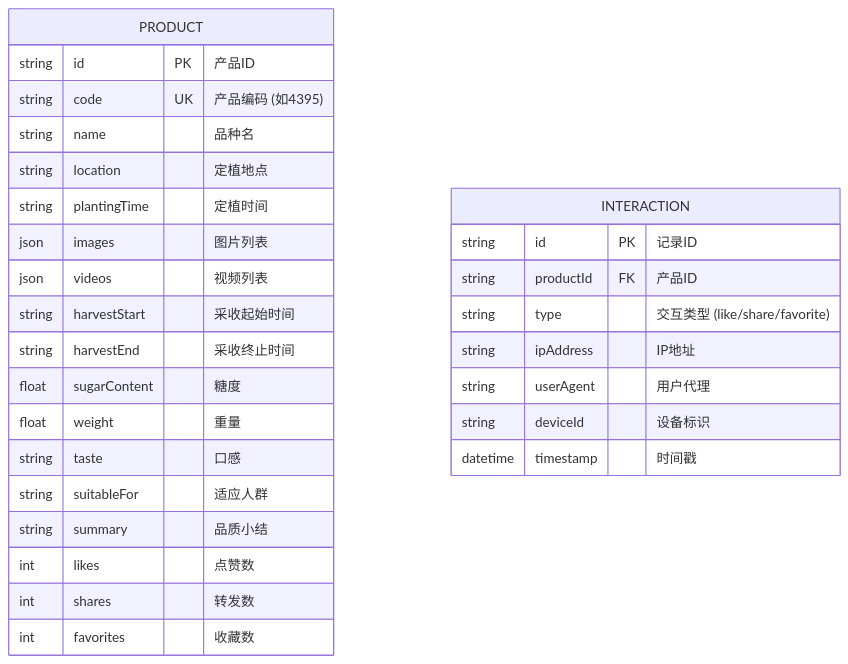
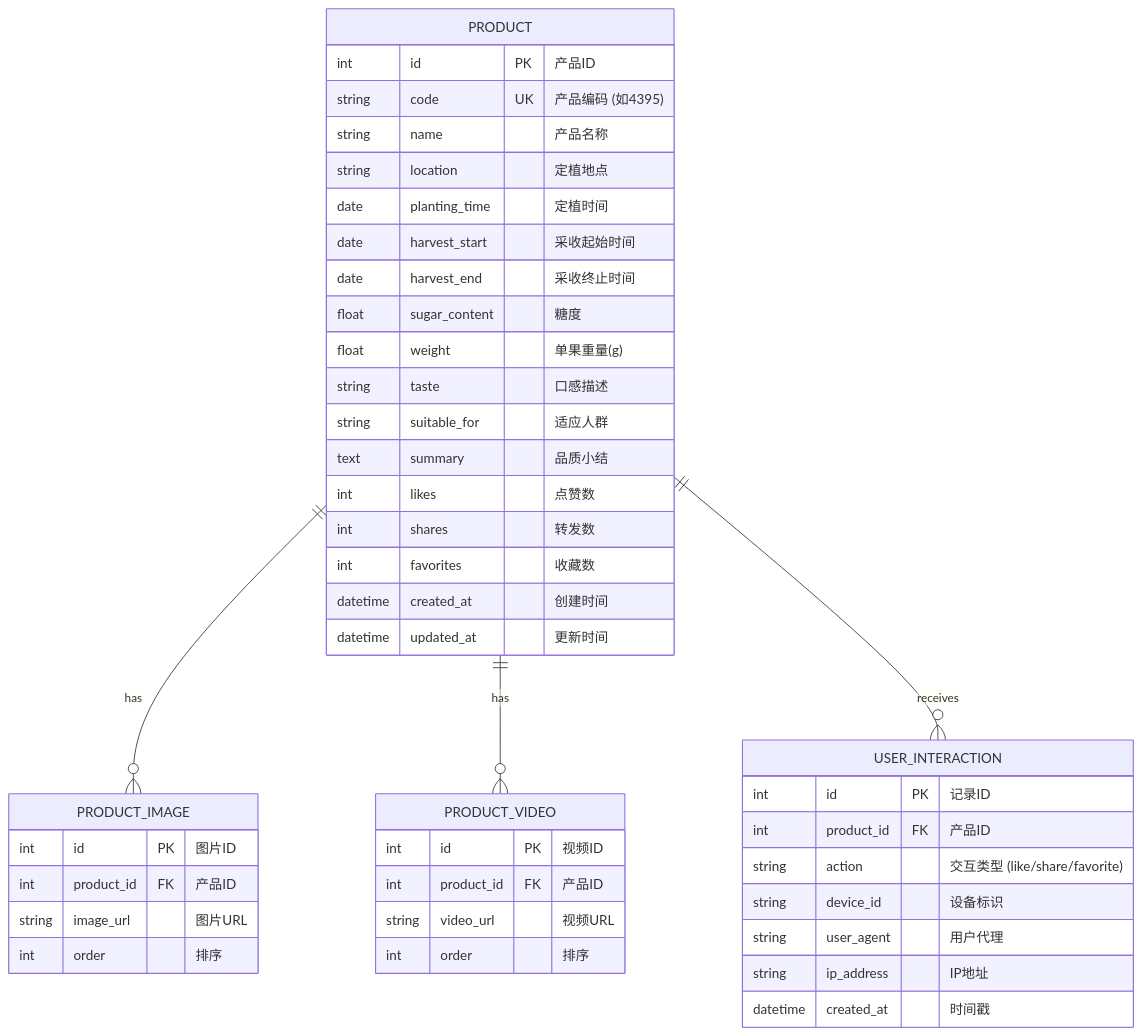
Before and after one commit to shuiqinghuan/agriculture-qr-traceability: the second of 2 diagrams in .trae/documents/农产品二维码溯源系统_tech_arch.md, drawn with Mermaid. The commit also changed other lines of this file and 7 other files, not shown here.

````diff
--- a/.trae/documents/农产品二维码溯源系统_tech_arch.md
+++ b/.trae/documents/农产品二维码溯源系统_tech_arch.md
@@ -55,32 +74,50 @@
 ```mermaid
 erDiagram
     PRODUCT {
-        string id PK "产品ID"
+        int id PK "产品ID"
         string code UK "产品编码 (如4395)"
-        string name "品种名"
+        string name "产品名称"
         string location "定植地点"
-        string plantingTime "定植时间"
-        json images "图片列表"
-        json videos "视频列表"
-        string harvestStart "采收起始时间"
-        string harvestEnd "采收终止时间"
-        float sugarContent "糖度"
-        float weight "重量"
-        string taste "口感"
-        string suitableFor "适应人群"
-        string summary "品质小结"
+        date planting_time "定植时间"
+        date harvest_start "采收起始时间"
+        date harvest_end "采收终止时间"
+        float sugar_content "糖度"
+        float weight "单果重量(g)"
+        string taste "口感描述"
+        string suitable_for "适应人群"
+        text summary "品质小结"
         int likes "点赞数"
         int shares "转发数"
         int favorites "收藏数"
+        datetime created_at "创建时间"
+        datetime updated_at "更新时间"
     }
     
-    INTERACTION {
-        string id PK "记录ID"
-        string productId FK "产品ID"
-        string type "交互类型 (like/share/favorite)"
-        string ipAddress "IP地址"
-        string userAgent "用户代理"
-        string deviceId "设备标识"
-        datetime timestamp "时间戳"
+    PRODUCT_IMAGE {
+        int id PK "图片ID"
+        int product_id FK "产品ID"
+        string image_url "图片URL"
+        int order "排序"
     }
+    
+    PRODUCT_VIDEO {
+        int id PK "视频ID"
+        int product_id FK "产品ID"
+        string video_url "视频URL"
+        int order "排序"
+    }
+    
+    USER_INTERACTION {
+        int id PK "记录ID"
+        int product_id FK "产品ID"
+        string action "交互类型 (like/share/favorite)"
+        string device_id "设备标识"
+        string user_agent "用户代理"
+        string ip_address "IP地址"
+        datetime created_at "时间戳"
+    }
+    
+    PRODUCT ||--o{ PRODUCT_IMAGE : "has"
+    PRODUCT ||--o{ PRODUCT_VIDEO : "has"
+    PRODUCT ||--o{ USER_INTERACTION : "receives"
 ```
````
